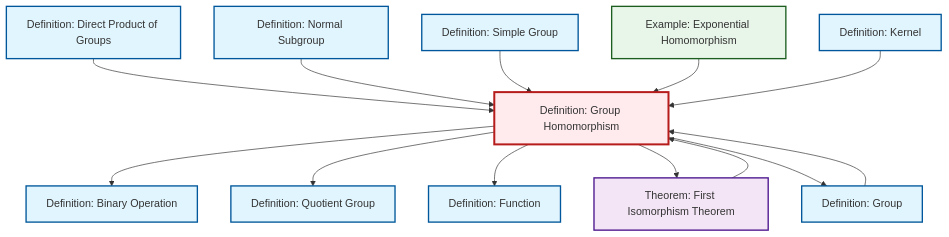
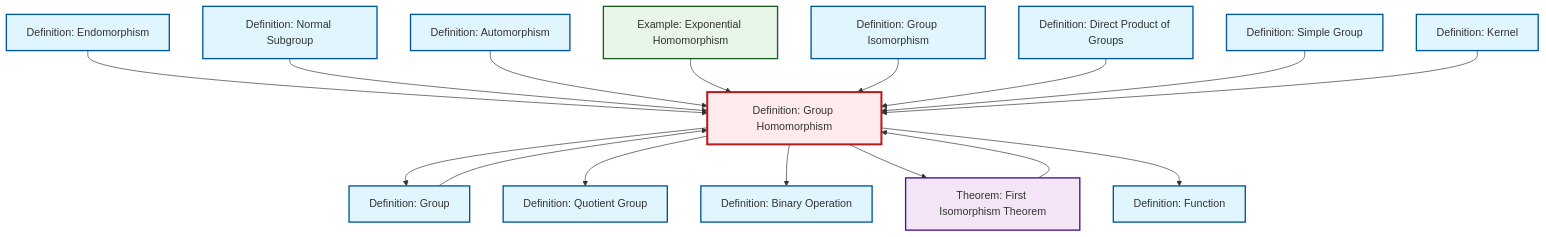
The diagram in content/en/algebra/def-homomorphism.qmd (RK0429/ModernMath), drawn with Mermaid before and after one commit. The commit also changed other lines of this file and 581 other files, not shown here.

````diff
--- a/content/en/algebra/def-homomorphism.qmd
+++ b/content/en/algebra/def-homomorphism.qmd
@@ -62,43 +62,52 @@
 ```{mermaid}
 %%| fig-cap: "Local dependency graph"
 graph TD
     classDef definition fill:#e1f5fe,stroke:#01579b,stroke-width:2px
     classDef theorem fill:#f3e5f5,stroke:#4a148c,stroke-width:2px
     classDef axiom fill:#fff3e0,stroke:#e65100,stroke-width:2px
     classDef example fill:#e8f5e9,stroke:#1b5e20,stroke-width:2px
     classDef current fill:#ffebee,stroke:#b71c1c,stroke-width:3px
+    def-simple-group["Definition: Simple Group"]:::definition
+    def-binary-operation["Definition: Binary Operation"]:::definition
+    def-function["Definition: Function"]:::definition
+    ex-exponential-homomorphism["Example: Exponential Homomorphism"]:::example
+    def-normal-subgroup["Definition: Normal Subgroup"]:::definition
+    def-quotient-group["Definition: Quotient Group"]:::definition
+    def-isomorphism["Definition: Group Isomorphism"]:::definition
+    def-kernel["Definition: Kernel"]:::definition
+    def-endomorphism["Definition: Endomorphism"]:::definition
+    def-group["Definition: Group"]:::definition
+    def-automorphism["Definition: Automorphism"]:::definition
     def-homomorphism["Definition: Group Homomorphism"]:::definition
-    def-group["Definition: Group"]:::definition
-    def-function["Definition: Function"]:::definition
     thm-first-isomorphism["Theorem: First Isomorphism Theorem"]:::theorem
-    def-quotient-group["Definition: Quotient Group"]:::definition
-    ex-exponential-homomorphism["Example: Exponential Homomorphism"]:::example
-    def-binary-operation["Definition: Binary Operation"]:::definition
-    def-simple-group["Definition: Simple Group"]:::definition
     def-direct-product["Definition: Direct Product of Groups"]:::definition
-    def-kernel["Definition: Kernel"]:::definition
-    def-normal-subgroup["Definition: Normal Subgroup"]:::definition
+    def-endomorphism --> def-homomorphism
+    def-normal-subgroup --> def-homomorphism
+    def-automorphism --> def-homomorphism
+    def-homomorphism --> def-group
+    ex-exponential-homomorphism --> def-homomorphism
+    def-isomorphism --> def-homomorphism
+    def-direct-product --> def-homomorphism
+    thm-first-isomorphism --> def-homomorphism
+    def-group --> def-homomorphism
+    def-homomorphism --> def-quotient-group
     def-homomorphism --> def-binary-operation
-    def-direct-product --> def-homomorphism
-    def-homomorphism --> def-quotient-group
-    def-normal-subgroup --> def-homomorphism
-    def-group --> def-homomorphism
+    def-homomorphism --> thm-first-isomorphism
+    def-homomorphism --> def-function
     def-simple-group --> def-homomorphism
-    def-homomorphism --> def-function
-    def-homomorphism --> thm-first-isomorphism
-    ex-exponential-homomorphism --> def-homomorphism
     def-kernel --> def-homomorphism
-    def-homomorphism --> def-group
-    thm-first-isomorphism --> def-homomorphism
     class def-homomorphism current
+    click def-simple-group "def-simple-group.html" "Go to Simple Group definition"
+    click def-binary-operation "def-binary-operation.html" "Go to Binary Operation definition"
+    click def-function "def-function.html" "Go to Function definition"
+    click ex-exponential-homomorphism "ex-exponential-homomorphism.html" "Go to Exponential Homomorphism example"
+    click def-normal-subgroup "def-normal-subgroup.html" "Go to Normal Subgroup definition"
+    click def-quotient-group "def-quotient-group.html" "Go to Quotient Group definition"
+    click def-isomorphism "def-isomorphism.html" "Go to Group Isomorphism definition"
+    click def-kernel "def-kernel.html" "Go to Kernel definition"
+    click def-endomorphism "def-endomorphism.html" "Go to Endomorphism definition"
     click def-group "def-group.html" "Go to Group definition"
-    click def-function "def-function.html" "Go to Function definition"
+    click def-automorphism "def-automorphism.html" "Go to Automorphism definition"
     click thm-first-isomorphism "thm-first-isomorphism.html" "Go to First Isomorphism Theorem theorem"
-    click def-quotient-group "def-quotient-group.html" "Go to Quotient Group definition"
-    click ex-exponential-homomorphism "ex-exponential-homomorphism.html" "Go to Exponential Homomorphism example"
-    click def-binary-operation "def-binary-operation.html" "Go to Binary Operation definition"
-    click def-simple-group "def-simple-group.html" "Go to Simple Group definition"
     click def-direct-product "def-direct-product.html" "Go to Direct Product of Groups definition"
-    click def-kernel "def-kernel.html" "Go to Kernel definition"
-    click def-normal-subgroup "def-normal-subgroup.html" "Go to Normal Subgroup definition"
 ```
````
